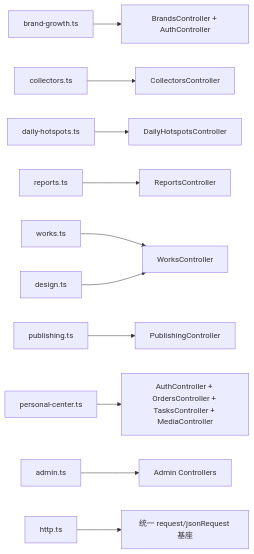
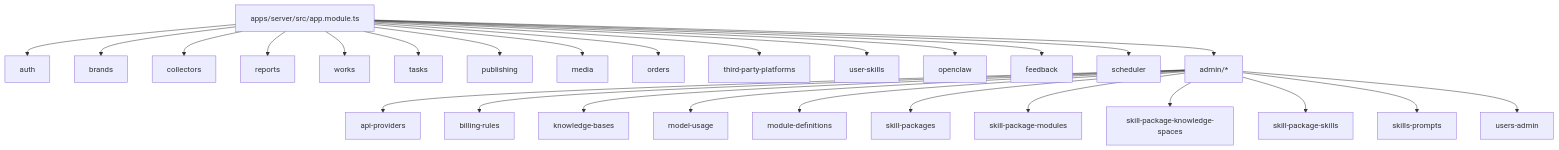
One commit to Depthukesh/ai-omni-ops-system changed the fourth of 5 diagrams in docs/site-map-mermaid.md. Above: the diagram before and after it, drawn with Mermaid. The commit also changed other lines of this file and 71 other files, not shown here.

````diff
--- a/docs/site-map-mermaid.md
+++ b/docs/site-map-mermaid.md
@@ -712,13 +136,32 @@
 ```mermaid
-flowchart LR
-    S1["brand-growth.ts"] --> A1["BrandsController + AuthController"]
-    S2["collectors.ts"] --> A2["CollectorsController"]
-    S3["daily-hotspots.ts"] --> A3["DailyHotspotsController"]
-    S4["reports.ts"] --> A4["ReportsController"]
-    S5["works.ts"] --> A5["WorksController"]
-    S6["publishing.ts"] --> A6["PublishingController"]
-    S7["personal-center.ts"] --> A7["AuthController + OrdersController + TasksController + MediaController"]
-    S8["admin.ts"] --> A8["Admin Controllers"]
-    S10["design.ts"] --> A5
-    S9["http.ts"] --> A9["统一 request/jsonRequest 基座"]
+flowchart TD
+    App["apps/server/src/app.module.ts"]
+
+    App --> Auth["auth"]
+    App --> Brands["brands"]
+    App --> Collectors["collectors"]
+    App --> Reports["reports"]
+    App --> Works["works"]
+    App --> Tasks["tasks"]
+    App --> Publishing["publishing"]
+    App --> Media["media"]
+    App --> Orders["orders"]
+    App --> Platforms["third-party-platforms"]
+    App --> Skills["user-skills"]
+    App --> OpenClaw["openclaw"]
+    App --> Feedback["feedback"]
+    App --> Scheduler["scheduler"]
+    App --> Admin["admin/*"]
+
+    Admin --> A1["api-providers"]
+    Admin --> A2["billing-rules"]
+    Admin --> A3["knowledge-bases"]
+    Admin --> A4["model-usage"]
+    Admin --> A5["module-definitions"]
+    Admin --> A6["skill-packages"]
+    Admin --> A7["skill-package-modules"]
+    Admin --> A8["skill-package-knowledge-spaces"]
+    Admin --> A9["skill-package-skills"]
+    Admin --> A10["skills-prompts"]
+    Admin --> A11["users-admin"]
 ```
````
